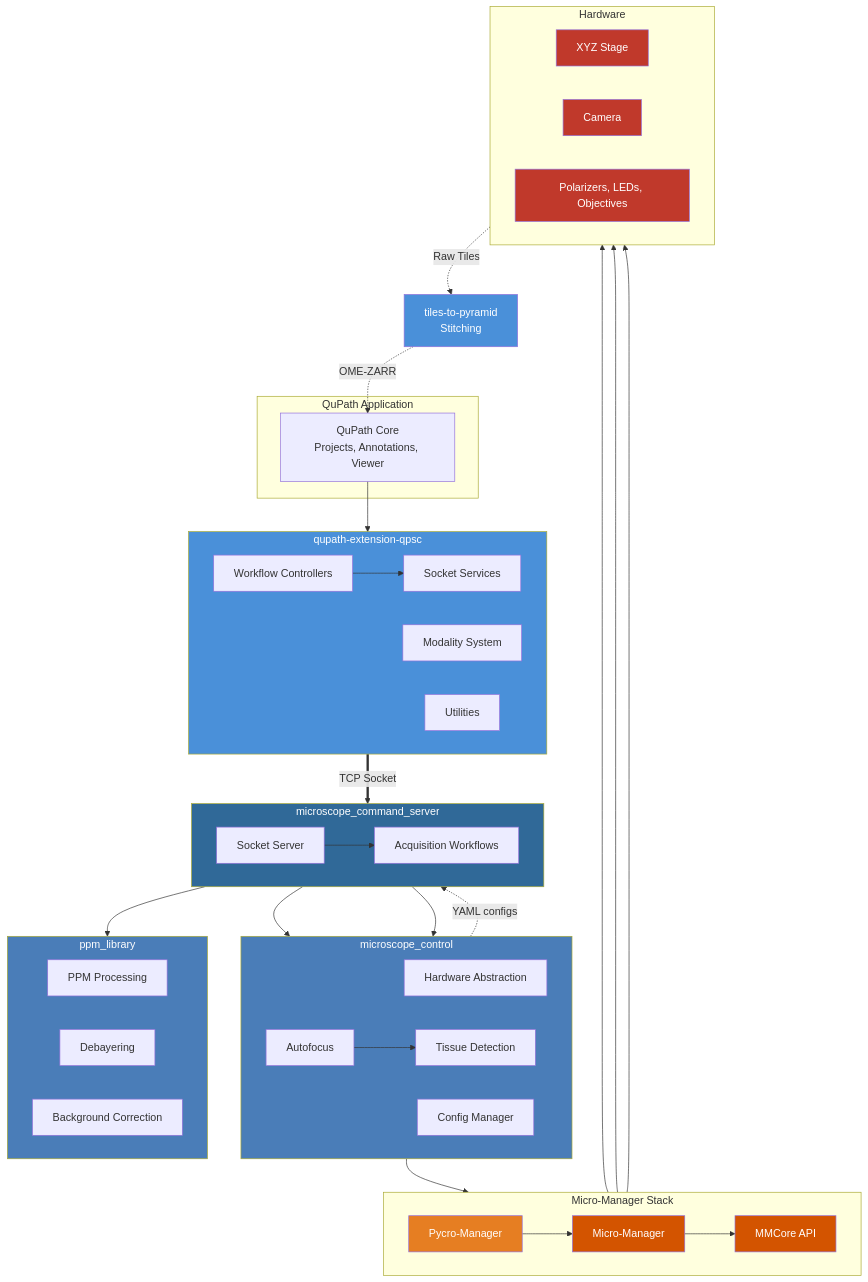
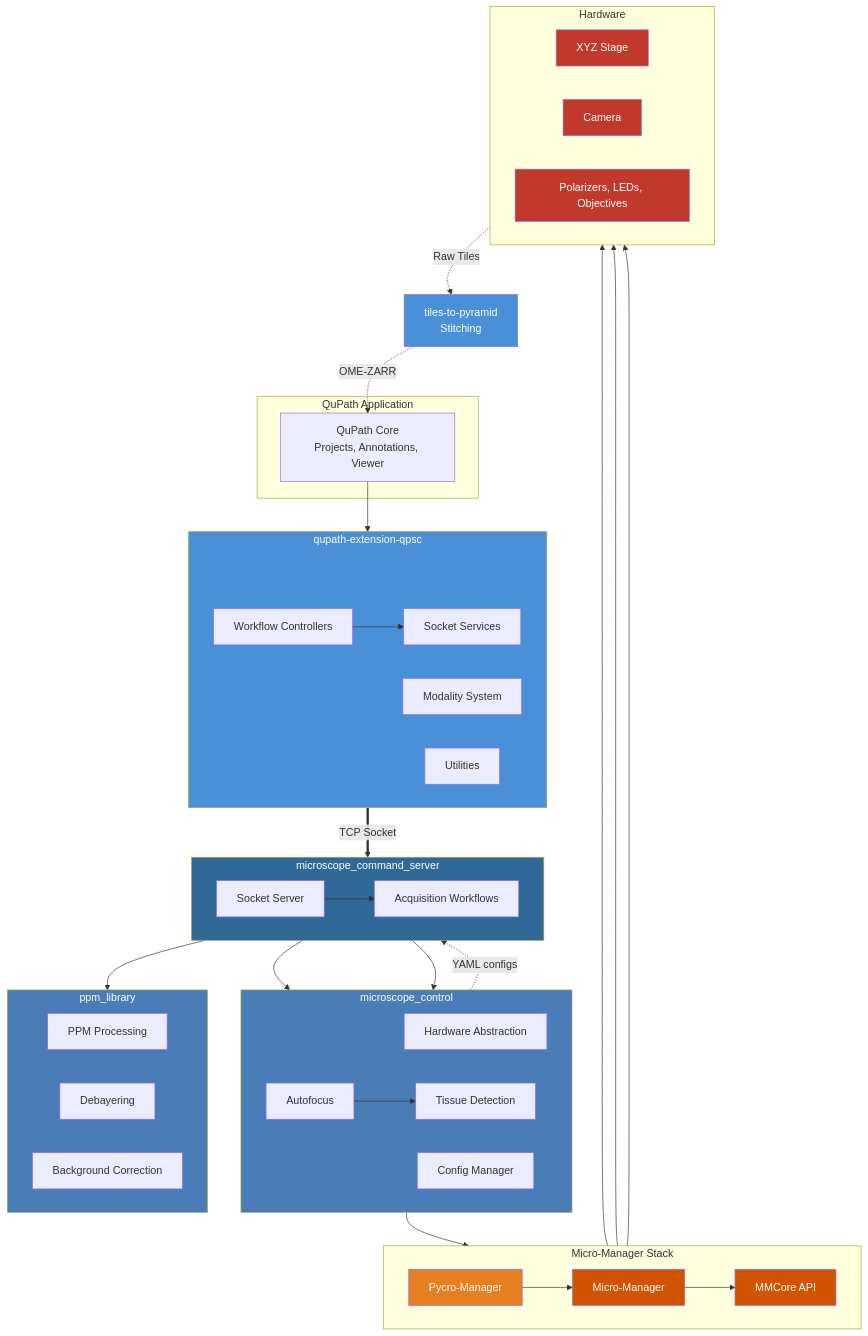
One commit to uw-loci/QPSC changed the first of 2 diagrams in docs/architecture.md. Above: the diagram before and after it, drawn with Mermaid.

Commit message:
Add spacer to offset arrow from qupath-extension-qpsc label
Invisible padding node before Ctrl shifts the row rightward so
the downward arrow from QApp no longer passes through the
subgraph label text.

````diff
--- a/docs/architecture.md
+++ b/docs/architecture.md
@@ -16,6 +16,7 @@
 
     subgraph QPSCLayer["qupath-extension-qpsc"]
         direction LR
+        QPSCpad[ ]
         Ctrl["Workflow Controllers"]
         Modal["Modality System"]
         Svc["Socket Services"]
@@ -92,5 +93,6 @@
     style Cam fill:#C0392B,color:#fff
     style Stage fill:#C0392B,color:#fff
     style Extras fill:#C0392B,color:#fff
+    style QPSCpad fill:none,stroke:none,color:none
     style PAD fill:none,stroke:none,color:none
 ```
````
